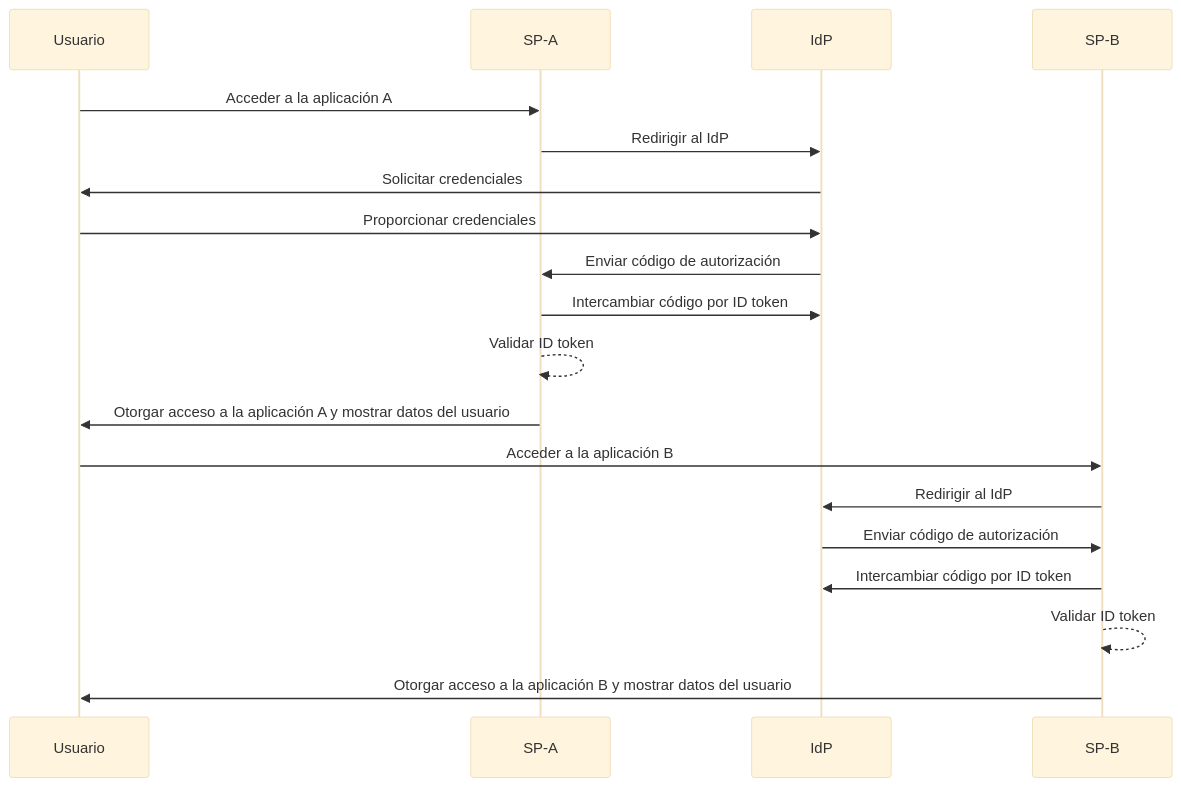
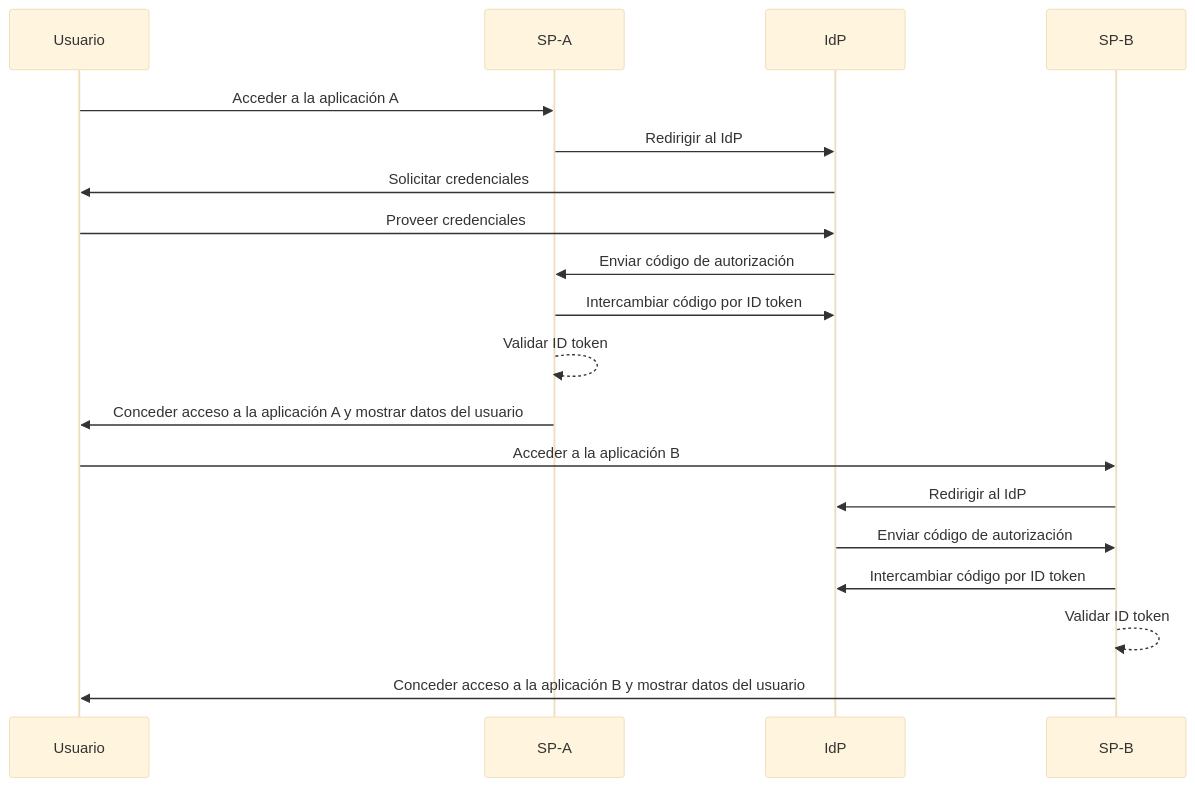
The second of 2 diagrams in src/content/terms/es/single-sign-on.mdx (logto-io/auth-wiki), drawn with Mermaid (base theme) before and after one commit. The commit also changed other lines of this file and 48 other files, not shown here.

````diff
--- a/src/content/terms/es/single-sign-on.mdx
+++ b/src/content/terms/es/single-sign-on.mdx
@@ -54,22 +54,22 @@
 ```mermaid
 sequenceDiagram
     participant Usuario
     participant SP-A
     participant IdP
     participant SP-B
 
     Usuario->>SP-A: Acceder a la aplicación A
     SP-A->>IdP: Redirigir al IdP
     IdP->>Usuario: Solicitar credenciales
-    Usuario->>IdP: Proporcionar credenciales
+    Usuario->>IdP: Proveer credenciales
     IdP->>SP-A: Enviar código de autorización
     SP-A->>IdP: Intercambiar código por ID token
     SP-A-->>SP-A: Validar ID token
-    SP-A->>Usuario: Otorgar acceso a la aplicación A y mostrar datos del usuario
+    SP-A->>Usuario: Conceder acceso a la aplicación A y mostrar datos del usuario
     Usuario->>SP-B: Acceder a la aplicación B
     SP-B->>IdP: Redirigir al IdP
     IdP->>SP-B: Enviar código de autorización
     SP-B->>IdP: Intercambiar código por ID token
     SP-B-->>SP-B: Validar ID token
-    SP-B->>Usuario: Otorgar acceso a la aplicación B y mostrar datos del usuario
+    SP-B->>Usuario: Conceder acceso a la aplicación B y mostrar datos del usuario
 ```
````
